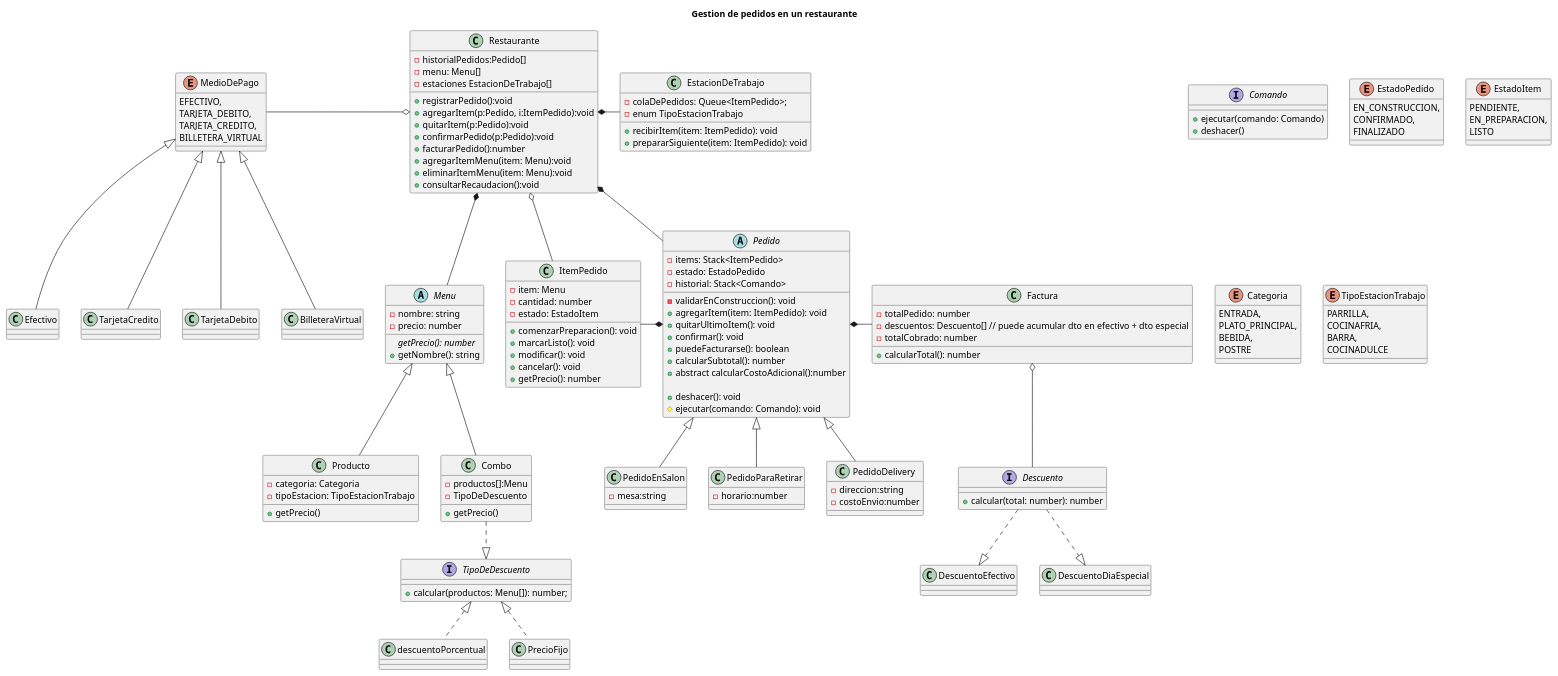
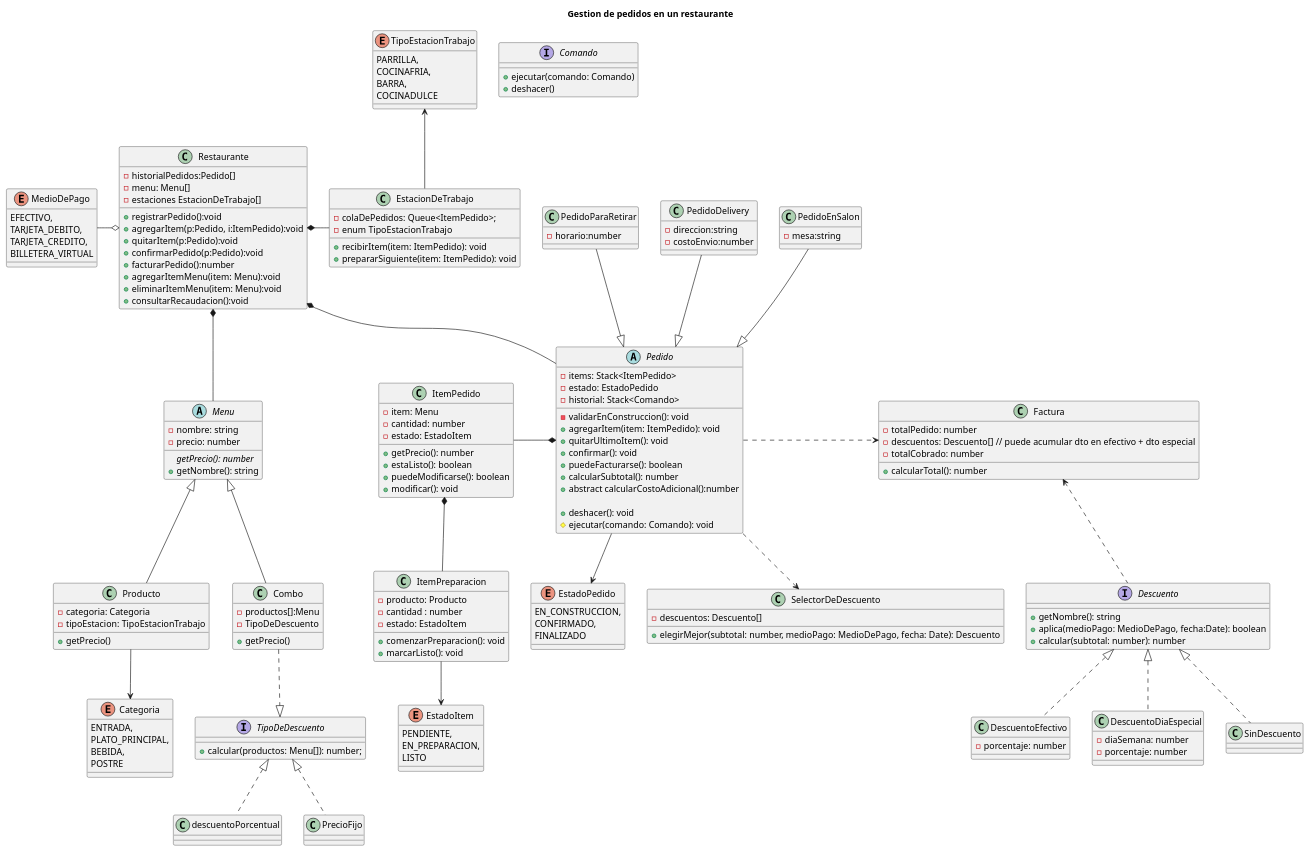
Before and after one commit to diegolacosta02/TP-Programacion-II_Grupo-02: the diagram in diagramas/clases.puml, drawn with PlantUML. The commit also changed 30 other files, not shown here.

Commit message:
Se reestructura el orden de carpetas, se agrega la clase ItemPreparacion para desacoplar tanta cantidad de metodos dentro de itempedido, ademas de corregir un error de logica con combos y productos donde tenia que forzar una solucion complicada para el envio a la estacion de trabajo

```diff
--- a/diagramas/clases.puml
+++ b/diagramas/clases.puml
@@ -1,178 +1,200 @@
 @startuml Trabajo Practico Programacion 2 Grupo 02 
 
 title Gestion de pedidos en un restaurante 
 
 class Restaurante {
     - historialPedidos:Pedido[]
     - menu: Menu[]
     - estaciones EstacionDeTrabajo[]
 
     + registrarPedido():void
     + agregarItem(p:Pedido, i:ItemPedido):void
     + quitarItem(p:Pedido):void
     + confirmarPedido(p:Pedido):void
     + facturarPedido():number
     + agregarItemMenu(item: Menu):void
     + eliminarItemMenu(item: Menu):void
     + consultarRecaudacion():void
 }
 '--------------------------------------------------------
 interface Comando {
     + ejecutar(comando: Comando)
     + deshacer()
 }
 abstract class Pedido {
     - items: Stack<ItemPedido>
     - estado: EstadoPedido
     - historial: Stack<Comando>
     
     - validarEnConstruccion(): void
     + agregarItem(item: ItemPedido): void
     + quitarUltimoItem(): void
     + confirmar(): void
     + puedeFacturarse(): boolean
     + calcularSubtotal(): number
     + abstract calcularCostoAdicional():number
 
     + deshacer(): void
     # ejecutar(comando: Comando): void
 }
 
 enum EstadoPedido{
     EN_CONSTRUCCION,
     CONFIRMADO,
     FINALIZADO
 }
 
 class PedidoEnSalon {
     - mesa:string
     
 
 }
 
 class PedidoParaRetirar {
     - horario:number
 
 }
 
 class PedidoDelivery {
     - direccion:string
     - costoEnvio:number
 
 }
 
 class ItemPedido {
     - item: Menu
     - cantidad: number
     - estado: EstadoItem
 
+    + getPrecio(): number
+    + estaListo(): boolean
+    + puedeModificarse(): boolean
+    + modificar(): void
+}
+
+class ItemPreparacion {
+    - producto: Producto
+    - cantidad : number
+    - estado: EstadoItem
+
     + comenzarPreparacion(): void
     + marcarListo(): void
-    + modificar(): void
-    + cancelar(): void
-    + getPrecio(): number
 }
 
 enum EstadoItem {
     PENDIENTE,
     EN_PREPARACION,
     LISTO
 }
 '----------------------------------------------------------
 abstract class Menu {
     - nombre: string
     - precio: number
 
     {abstract} getPrecio(): number
     + getNombre(): string
 }
 
 class Producto {
     - categoria: Categoria
     - tipoEstacion: TipoEstacionTrabajo
 
     + getPrecio()
 }
 
 class Combo {
     - productos[]:Menu
     - TipoDeDescuento
 
     + getPrecio()
 }
 
 enum Categoria {
     ENTRADA,
     PLATO_PRINCIPAL,
     BEBIDA,
     POSTRE
 }
 
 interface TipoDeDescuento {
     + calcular(productos: Menu[]): number;
 }
 class descuentoPorcentual implements TipoDeDescuento{}
 class PrecioFijo implements TipoDeDescuento{}
 '----------------------------------------------------------
 class EstacionDeTrabajo{
     - colaDePedidos: Queue<ItemPedido>;
     - enum TipoEstacionTrabajo
 
     + recibirItem(item: ItemPedido): void
     + prepararSiguiente(item: ItemPedido): void
 }
 enum TipoEstacionTrabajo{
     PARRILLA,
     COCINAFRIA,
     BARRA,
     COCINADULCE
 }
 '----------------------------------------------------------
 class Factura {
     - totalPedido: number
     - descuentos: Descuento[] // puede acumular dto en efectivo + dto especial
     - totalCobrado: number
 
     + calcularTotal(): number
 }
 
 enum MedioDePago {
     EFECTIVO,
     TARJETA_DEBITO,
     TARJETA_CREDITO,
     BILLETERA_VIRTUAL
 }
 interface Descuento {
-    + calcular(total: number): number
+    + getNombre(): string
+    + aplica(medioPago: MedioDePago, fecha:Date): boolean
+    + calcular(subtotal: number): number
 }
-class DescuentoEfectivo
-class DescuentoDiaEspecial
-'Relaciones'
+class DescuentoEfectivo {
+    - porcentaje: number
+}
+class DescuentoDiaEspecial {
+    - diaSemana: number
+    - porcentaje: number
+}
+class SinDescuento
 
-PedidoEnSalon -u-|> Pedido
-PedidoDelivery -u-|> Pedido
-PedidoParaRetirar -u-|> Pedido
-ItemPedido -r-* Pedido
-Factura -l-* Pedido
-Factura o-- Descuento
+class SelectorDeDescuento {
+    - descuentos: Descuento[]
+    + elegirMejor(subtotal: number, medioPago: MedioDePago, fecha: Date): Descuento
+}
+
+Pedido <|-u- PedidoEnSalon
+Pedido <|-u- PedidoDelivery
+Pedido <|-u- PedidoParaRetirar
+Pedido *-l- ItemPedido
+Pedido .r.> Factura 
+Pedido --> EstadoPedido
+Pedido ..> SelectorDeDescuento
+Factura <.. Descuento
+
+ItemPedido *-- ItemPreparacion
+ItemPreparacion --> EstadoItem
 
 Combo ..|> TipoDeDescuento
 Combo -u-|> Menu
 Producto -u-|> Menu
+Producto --> Categoria
 
-Efectivo -u-|> MedioDePago
-TarjetaCredito -u-|> MedioDePago
-TarjetaDebito -u-|> MedioDePago
-BilleteraVirtual -u-|> MedioDePago
+Descuento <|.. DescuentoEfectivo
+Descuento <|.. DescuentoDiaEspecial
+Descuento <|.. SinDescuento
 
-Descuento ..|> DescuentoEfectivo
-Descuento ..|> DescuentoDiaEspecial
-
+EstacionDeTrabajo -u-> TipoEstacionTrabajo
 
 Restaurante *-- Menu
 Restaurante *-r- EstacionDeTrabajo
 Restaurante *-- Pedido
 Restaurante o-l- MedioDePago
-Restaurante o-- ItemPedido
 
 @enduml
```
